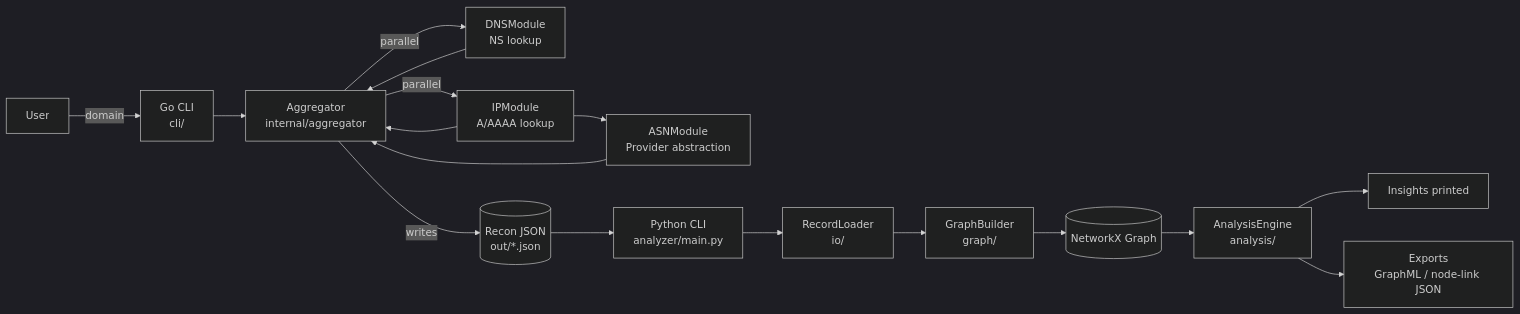
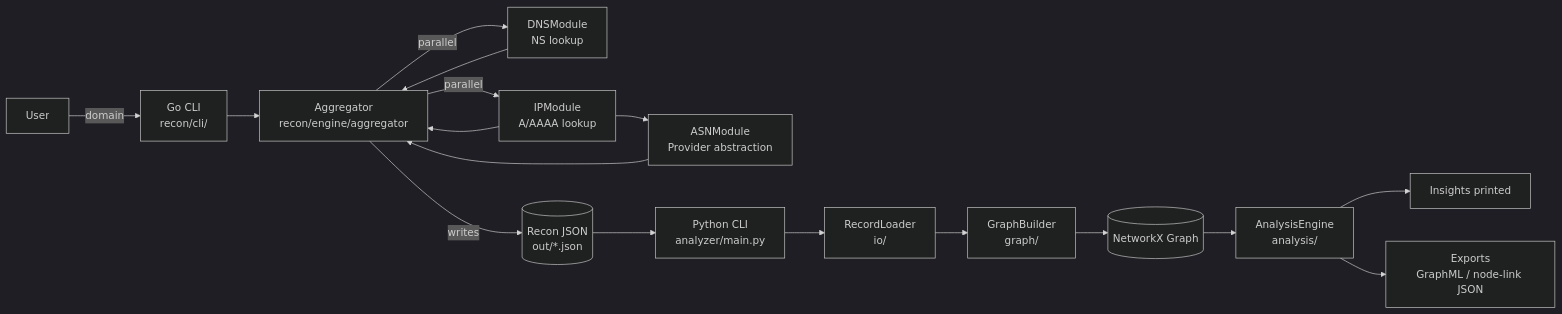
The first of 3 diagrams in README.md (asafzenou/NetMap), drawn with Mermaid (dark theme) before and after one commit. The commit also changed other lines of this file and 11 other files, not shown here.

````diff
--- a/README.md
+++ b/README.md
@@ -14,23 +14,23 @@
 ```mermaid
 flowchart LR
-  U[User] -->|domain| CLI[Go CLI<br/>cli/]
-  CLI --> AGG[Aggregator<br/>internal/aggregator]
+  U[User] -->|domain| CLI[Go CLI<br/>recon/cli/]
+  CLI --> AGG[Aggregator<br/>recon/engine/aggregator]
 
   AGG -->|parallel| DNS[DNSModule<br/>NS lookup]
   AGG -->|parallel| IP[IPModule<br/>A/AAAA lookup]
   IP --> ASN[ASNModule<br/>Provider abstraction]
 
   DNS --> AGG
   IP --> AGG
   ASN --> AGG
 
   AGG -->|writes| JSON[(Recon JSON<br/>out/*.json)]
 
   JSON --> PYCLI[Python CLI<br/>analyzer/main.py]
   PYCLI --> LOADER[RecordLoader<br/>io/]
   LOADER --> BUILDER[GraphBuilder<br/>graph/]
   BUILDER --> NX[(NetworkX Graph)]
   NX --> ENGINE[AnalysisEngine<br/>analysis/]
   ENGINE --> INSIGHTS[Insights printed]
   ENGINE --> EXPORTS[Exports<br/>GraphML / node-link JSON]
 ```
````
